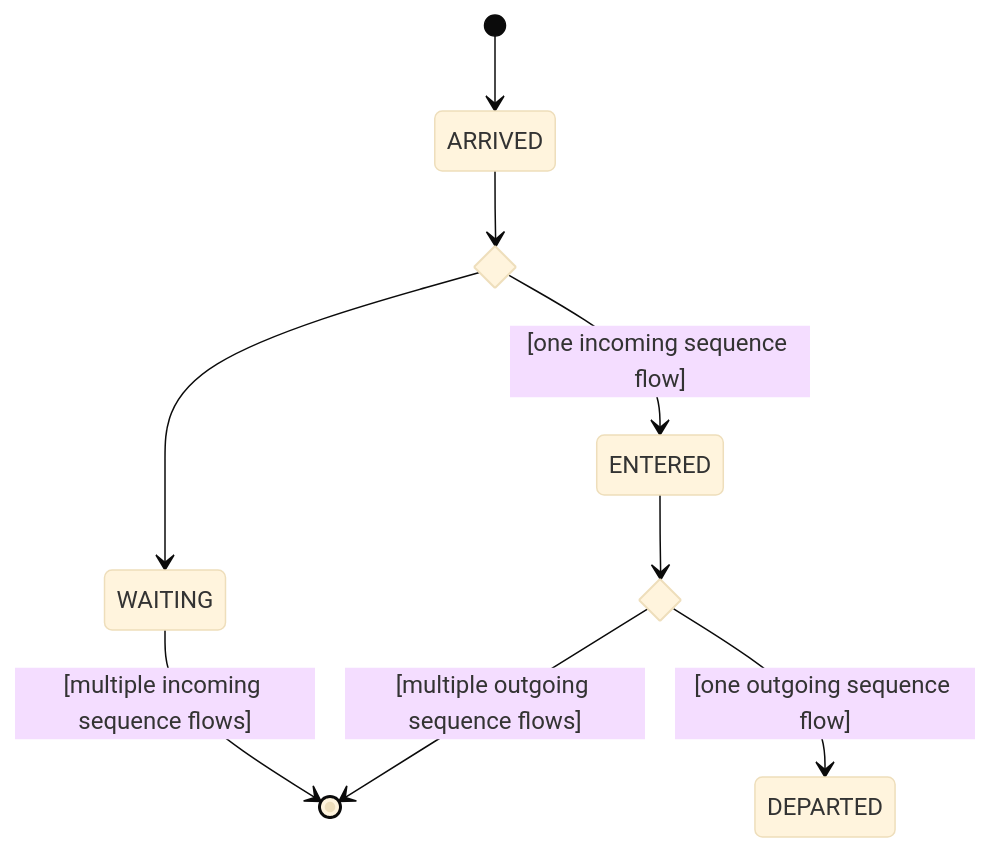
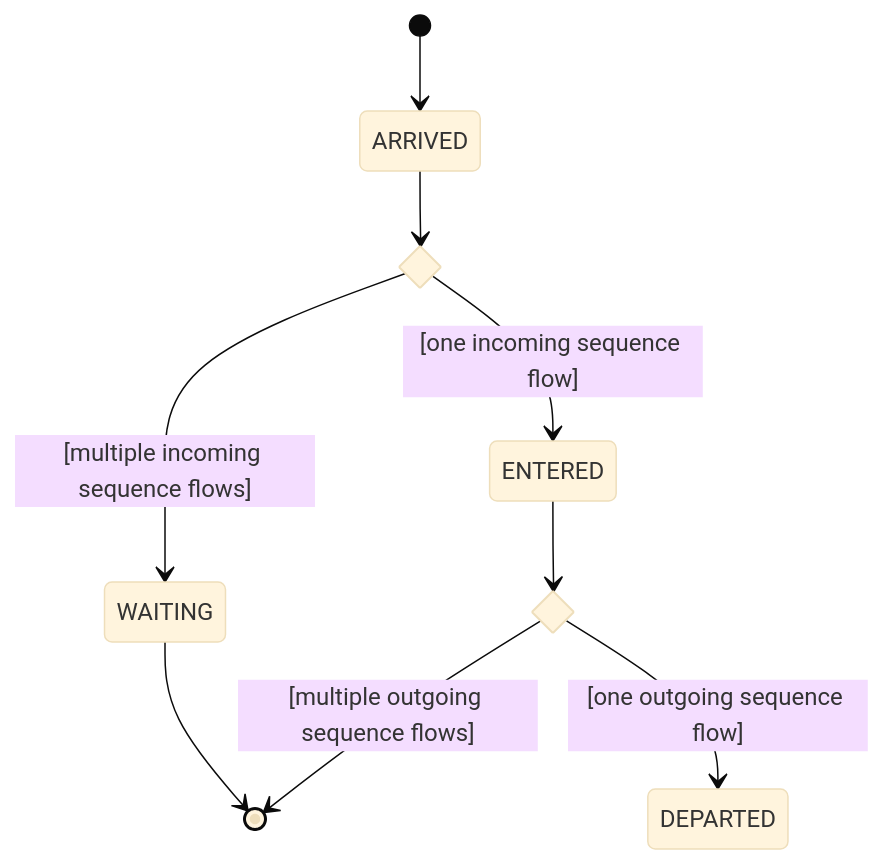
Before and after one commit to bpmn-os/bpmnos-engine: the first of 3 diagrams in docs/md/logic/token_flow_logic_parallel_gateways.md, drawn with Mermaid (base theme). The commit also changed other lines of this file and 8 other files, not shown here.

```diff
--- a/docs/md/logic/token_flow_logic_parallel_gateways.md
+++ b/docs/md/logic/token_flow_logic_parallel_gateways.md
@@ -8,13 +8,13 @@
 <pre class="mermaid">
 stateDiagram-v2
     state merge <<choice>>
     state split <<choice>>
     [*] --> ARRIVED
     ARRIVED --> merge
     merge --> ENTERED: [one incoming sequence flow]
-    merge --> WAITING
-    WAITING --> [*]: [multiple incoming sequence flows]
+    merge --> WAITING: [multiple incoming sequence flows]
+    WAITING --> [*]
     ENTERED --> split
     split --> [*]: [multiple outgoing sequence flows]
     split --> DEPARTED: [one outgoing sequence flow]
 </pre>
```
